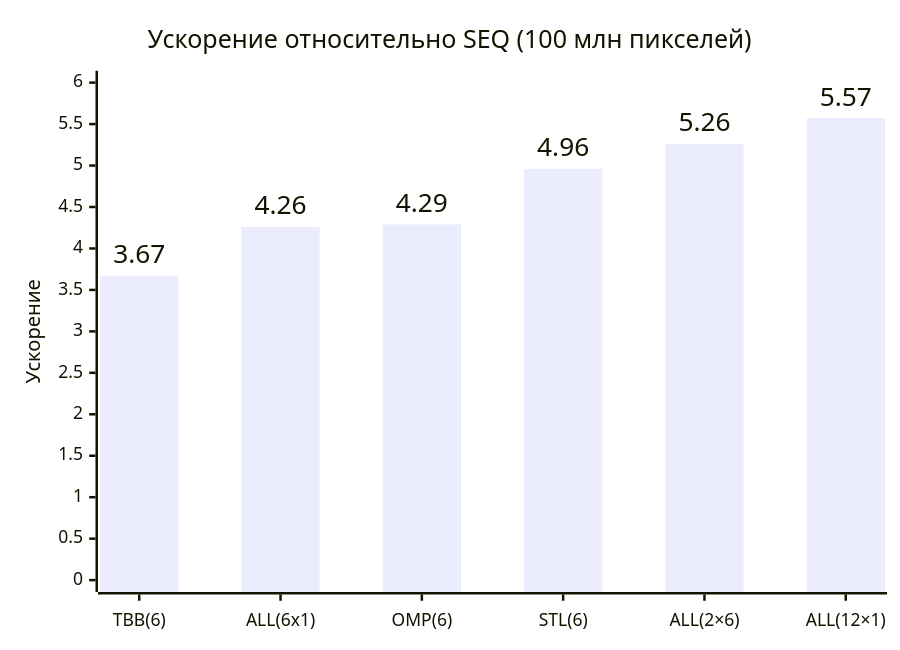
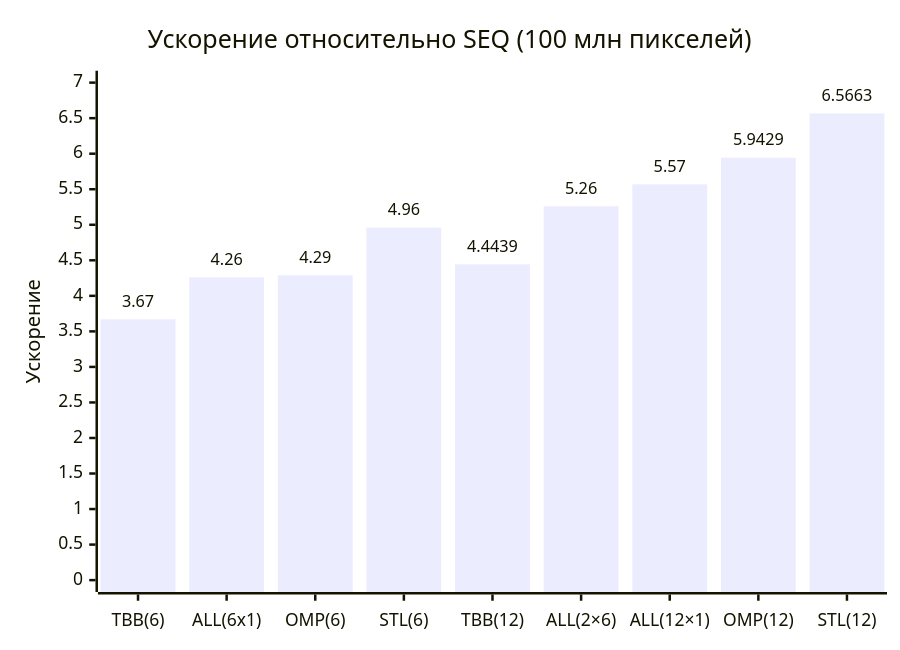
Before and after one commit to learning-process/ppc-2026-threads: the first of 2 diagrams in tasks/otcheskov_s_contrast_lin_stretch/report.md, drawn with Mermaid. The commit also changed other lines of this file and 5 other files, not shown here.

````diff
--- a/tasks/otcheskov_s_contrast_lin_stretch/report.md
+++ b/tasks/otcheskov_s_contrast_lin_stretch/report.md
@@ -94,13 +97,13 @@
 ```mermaid
 ---
 config:
     xyChart:
         showDataLabel: true
         showDataLabelOutsideBar: true
 ---
 xychart
     title "Ускорение относительно SEQ (100 млн пикселей)"
-    x-axis ["TBB(6)", "ALL(6x1)", "OMP(6)", "STL(6)", "ALL(2×6)", "ALL(12×1)"]
-    y-axis "Ускорение" 0 --> 6
-    bar [3.67, 4.26, 4.29, 4.96, 5.26, 5.57]
+    x-axis ["TBB(6)", "ALL(6x1)", "OMP(6)", "STL(6)", "TBB(12)", "ALL(2×6)", "ALL(12×1)", "OMP(12)", "STL(12)"]
+    y-axis "Ускорение" 0 --> 7
+    bar [3.67, 4.26, 4.29, 4.96, 4.4439, 5.26, 5.57, 5.9429, 6.5663]
 ```
````
